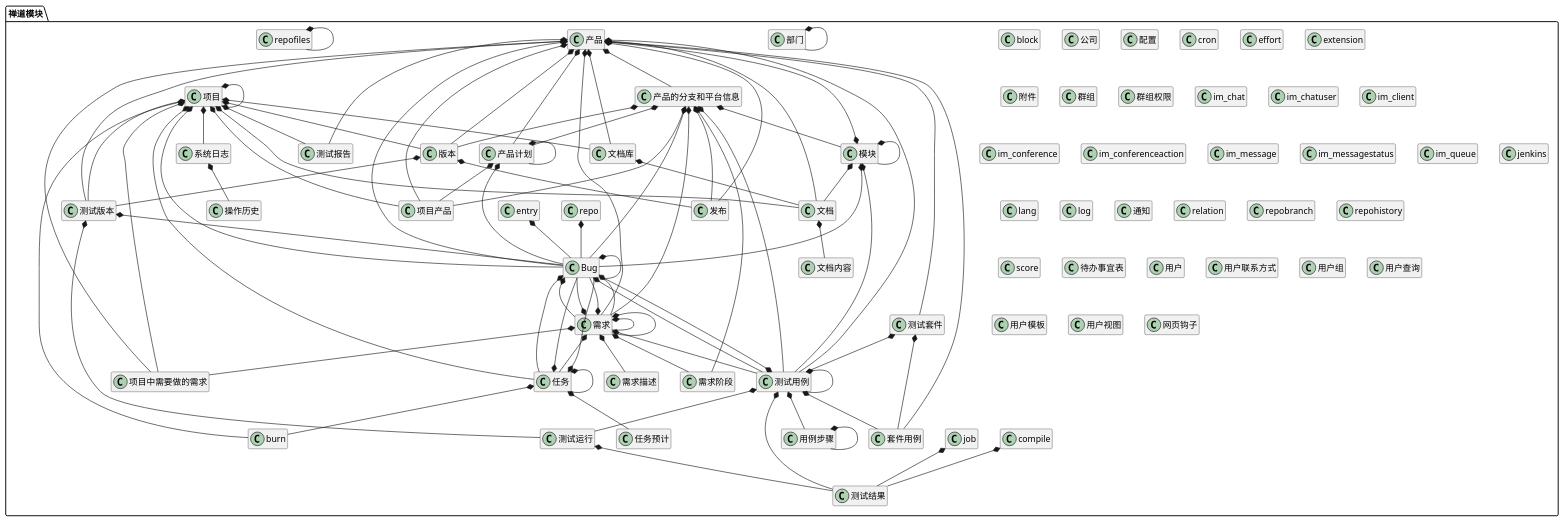
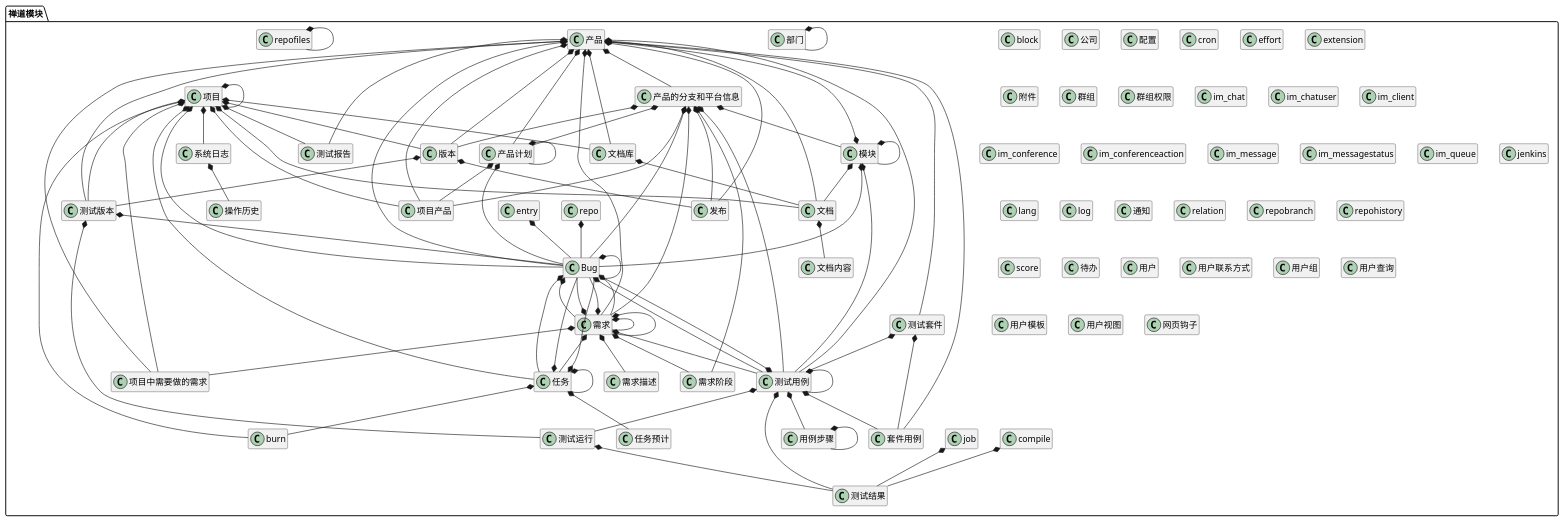
Before and after one commit to zj335841911/nt_chandao: the second of 6 diagrams in ibizpms-docs/src/main/doc/v1/module/module_index.md, drawn with PlantUML. The commit also changed 37 other files, not shown here.

```diff
--- a/ibizpms-docs/src/main/doc/v1/module/module_index.md
+++ b/ibizpms-docs/src/main/doc/v1/module/module_index.md
@@ -324,7 +324,7 @@
 class 测试版本 {
 }
 
-class 待办事宜表 {
+class 待办 {
 }
 
 class 用户 {
```
